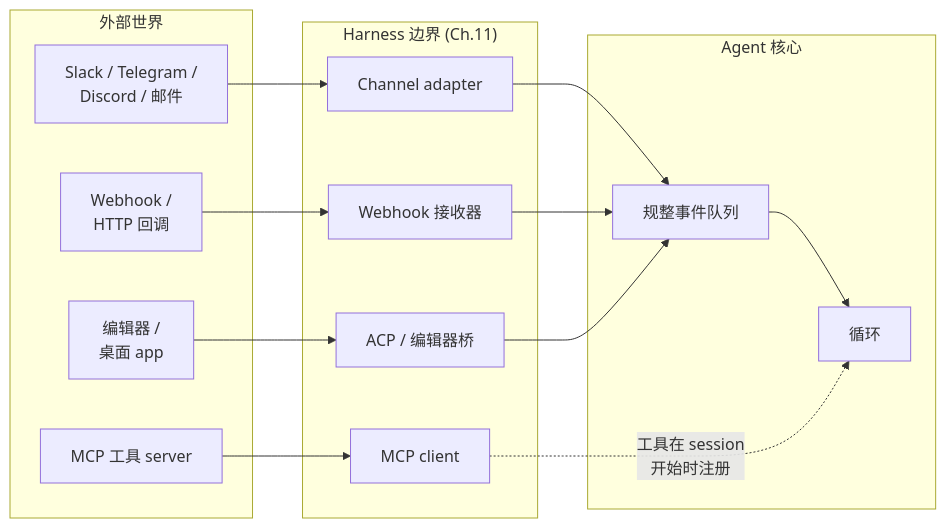
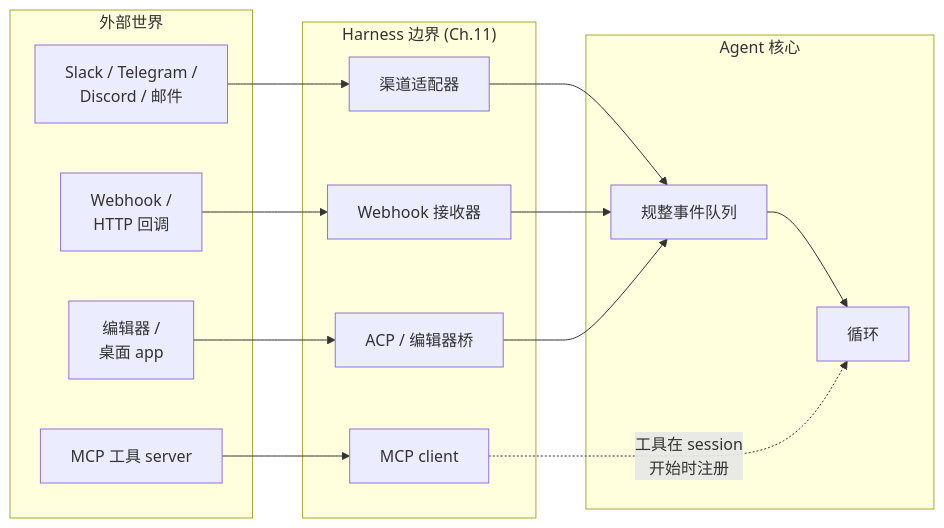
One commit to ocxers/agentic-ai-system-course-zh changed the first of 3 diagrams in course-zh/13-connectors-mcp-ipc.md. Above: the diagram before and after it, drawn with Mermaid. The commit also changed other lines of this file and 22 other files, not shown here.

````diff
--- a/course-zh/13-connectors-mcp-ipc.md
+++ b/course-zh/13-connectors-mcp-ipc.md
@@ -21,22 +21,22 @@
 ```mermaid
 flowchart LR
     subgraph EXT["外部世界"]
         SL["Slack / Telegram /<br/>Discord / 邮件"]
         WH["Webhook /<br/>HTTP 回调"]
         ED["编辑器 /<br/>桌面 app"]
         TS["MCP 工具 server"]
     end
     subgraph HARN["Harness 边界 (Ch.11)"]
-        CA["Channel adapter"]
+        CA["渠道适配器"]
         AC["ACP / 编辑器桥"]
         MC["MCP client"]
         WK["Webhook 接收器"]
     end
     subgraph CORE["Agent 核心"]
         Q["规整事件队列"] --> LP["循环"]
     end
     SL --> CA --> Q
     WH --> WK --> Q
     ED --> AC --> Q
     TS --> MC -.->|工具在 session<br/>开始时注册| LP
 ```
````
